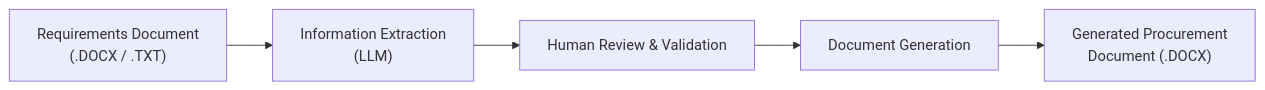
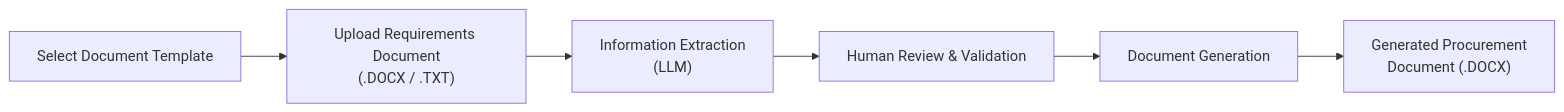
Before and after one commit to yahhiya/Procurement-Document-Generator: the diagram in README.md, drawn with Mermaid. The commit also changed other lines of this file, not shown here.

````diff
--- a/README.md
+++ b/README.md
@@ -15,8 +15,9 @@
 ```mermaid
 flowchart LR
-    A["Requirements Document<br/>(.DOCX / .TXT)"]
-    --> B["Information Extraction<br/>(LLM)"]
-    --> C["Human Review & Validation"]
-    --> D["Document Generation"]
-    --> E["Generated Procurement<br/>Document (.DOCX)"]
+    A["Select Document Template"]
+    --> B["Upload Requirements Document<br/>(.DOCX / .TXT)"]
+    --> C["Information Extraction<br/>(LLM)"]
+    --> D["Human Review & Validation"]
+    --> E["Document Generation"]
+    --> F["Generated Procurement<br/>Document (.DOCX)"]
 ```
````
